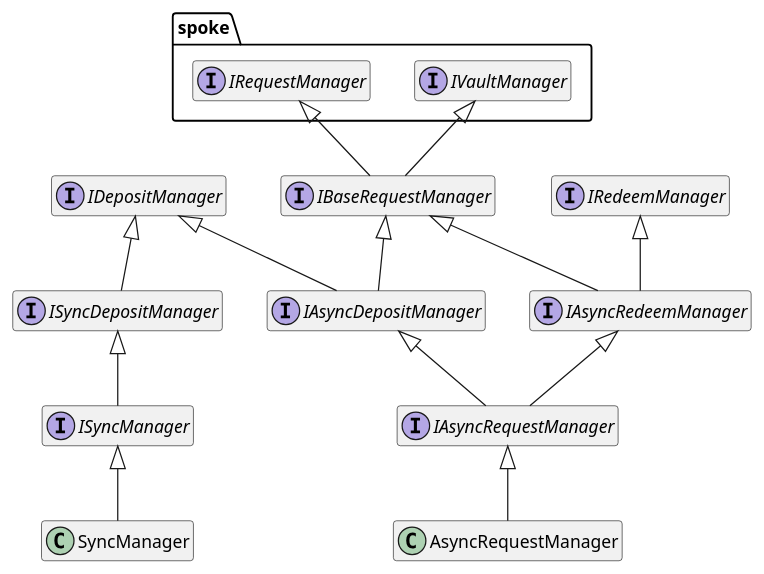
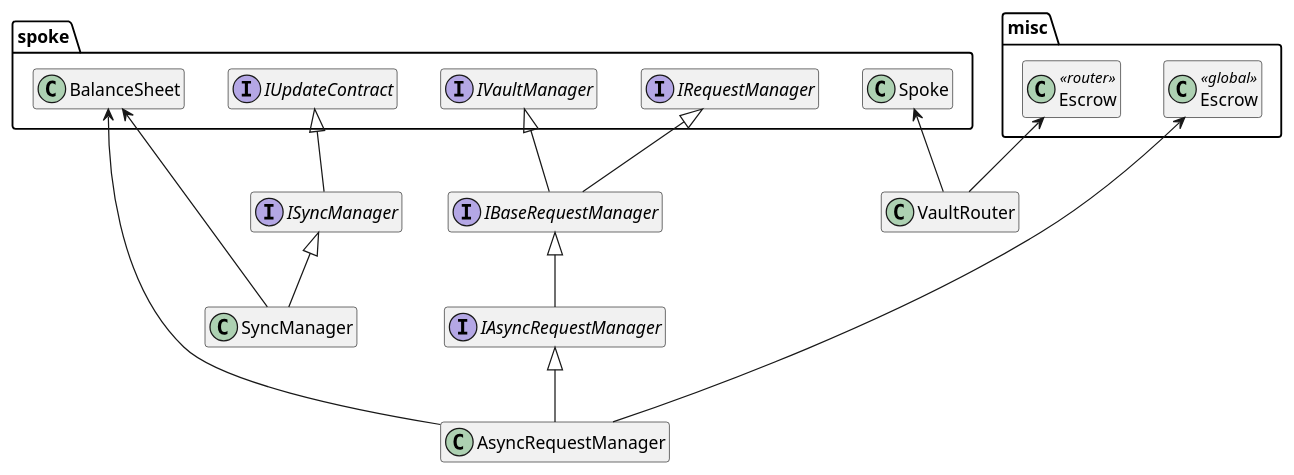
One commit to centrifuge/protocol changed the diagram in docs/architecture/vaults/managers.puml. Above: the diagram before and after it, drawn with PlantUML. The commit also changed 2 other files, not shown here.

Commit message:
minor diagram changes

```diff
--- a/docs/architecture/vaults/managers.puml
+++ b/docs/architecture/vaults/managers.puml
@@ -1,38 +1,38 @@
 @startuml
 hide empty members
 
+package misc {
+    class "Escrow" as GlobalEscrow<<global>>
+    class "Escrow" as RouterEscrow<<router>>
+}
+
 package spoke {
+    class Spoke
+    class BalanceSheet
+    interface IUpdateContract
     interface IVaultManager
     interface IRequestManager
 }
 
 interface IBaseRequestManager
-
-interface IDepositManager
-interface IRedeemManager
-
-interface IAsyncDepositManager
-interface ISyncDepositManager
-interface IAsyncRedeemManager
 
 interface IAsyncRequestManager
 interface ISyncManager
 
 IBaseRequestManager -up-|> IRequestManager
 IBaseRequestManager -up-|> IVaultManager
 
-IAsyncDepositManager -up-|> IBaseRequestManager
-IAsyncDepositManager -up-|> IDepositManager
-ISyncDepositManager -up-|> IDepositManager
-IAsyncRedeemManager -up-|> IRedeemManager
-IAsyncRedeemManager -up-|> IBaseRequestManager
+IAsyncRequestManager -up-|> IBaseRequestManager
+ISyncManager -up-|> IUpdateContract
 
-IAsyncRequestManager -up-|> IAsyncDepositManager
-IAsyncRequestManager -up-|> IAsyncRedeemManager
+AsyncRequestManager -up--> GlobalEscrow
+AsyncRequestManager -up--> BalanceSheet
+AsyncRequestManager -up-|> IAsyncRequestManager
 
-ISyncManager -up-|> ISyncDepositManager
+SyncManager -up-|> ISyncManager
+SyncManager -up--> BalanceSheet
 
-AsyncRequestManager -up-|> IAsyncRequestManager
-SyncManager -up-|> ISyncManager
+VaultRouter -up-> RouterEscrow
+VaultRouter -up-> Spoke
 
 @enduml
```
